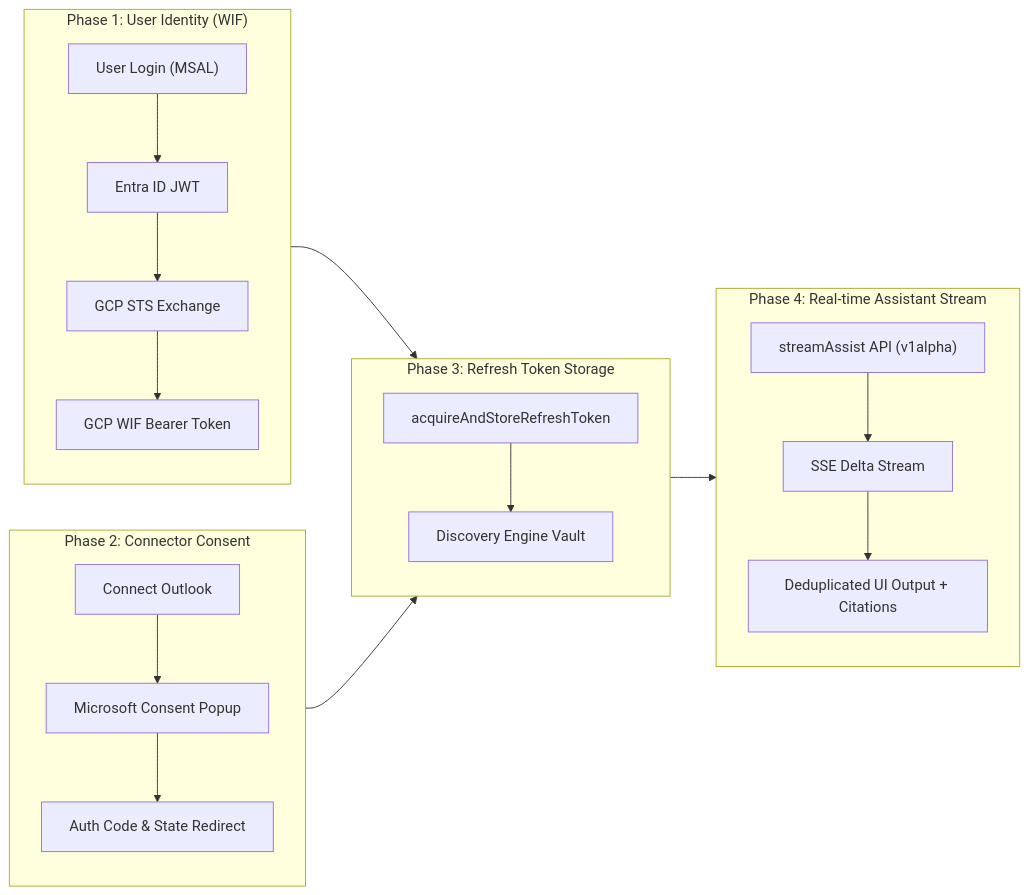
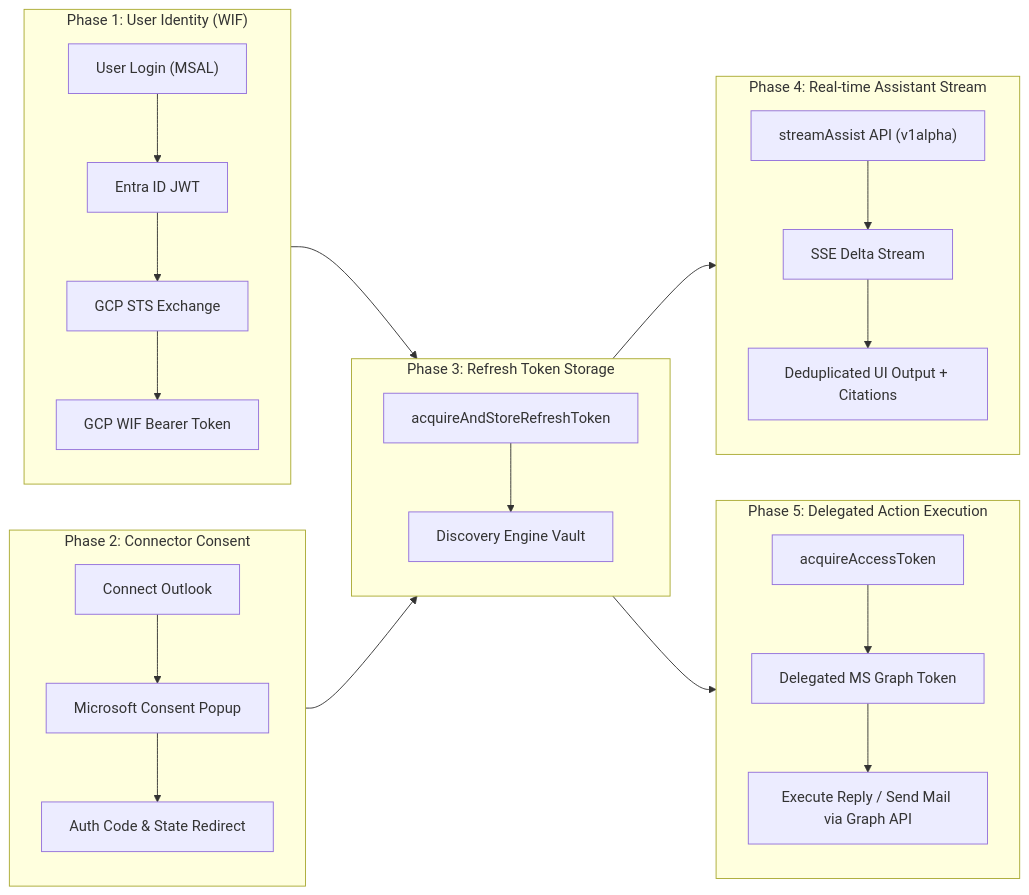
Before and after one commit to jchavezar/vertex-ai-samples: the first of 2 diagrams in semiautonomous-agents/outlook-approval-chatbot/FLOW_GUIDE.md, drawn with Mermaid. The commit also changed other lines of this file and 1 other file, not shown here.

Commit message:
docs(outlook-approval-chatbot): enhance documentation with Phase 5 diagrams, domain intercept map, and executive analogy

````diff
--- a/semiautonomous-agents/outlook-approval-chatbot/FLOW_GUIDE.md
+++ b/semiautonomous-agents/outlook-approval-chatbot/FLOW_GUIDE.md
@@ -9,30 +9,37 @@
 ```mermaid
 flowchart LR
     subgraph A["Phase 1: User Identity (WIF)"]
         direction TB
         A1["User Login (MSAL)"] --> A2["Entra ID JWT"]
         A2 --> A3["GCP STS Exchange"]
         A3 --> A4["GCP WIF Bearer Token"]
     end
 
     subgraph B["Phase 2: Connector Consent"]
         direction TB
         B1["Connect Outlook"] --> B2["Microsoft Consent Popup"]
         B2 --> B3["Auth Code & State Redirect"]
     end
 
     subgraph C["Phase 3: Refresh Token Storage"]
         direction TB
         C1["acquireAndStoreRefreshToken"] --> C2["Discovery Engine Vault"]
     end
 
     subgraph D["Phase 4: Real-time Assistant Stream"]
         direction TB
         D1["streamAssist API (v1alpha)"] --> D2["SSE Delta Stream"]
         D2 --> D3["Deduplicated UI Output + Citations"]
     end
 
+    subgraph E["Phase 5: Delegated Action Execution"]
+        direction TB
+        E1["acquireAccessToken"] --> E2["Delegated MS Graph Token"]
+        E2 --> E3["Execute Reply / Send Mail via Graph API"]
+    end
+
     A --> C
     B --> C
     C --> D
+    C --> E
 ```
````
